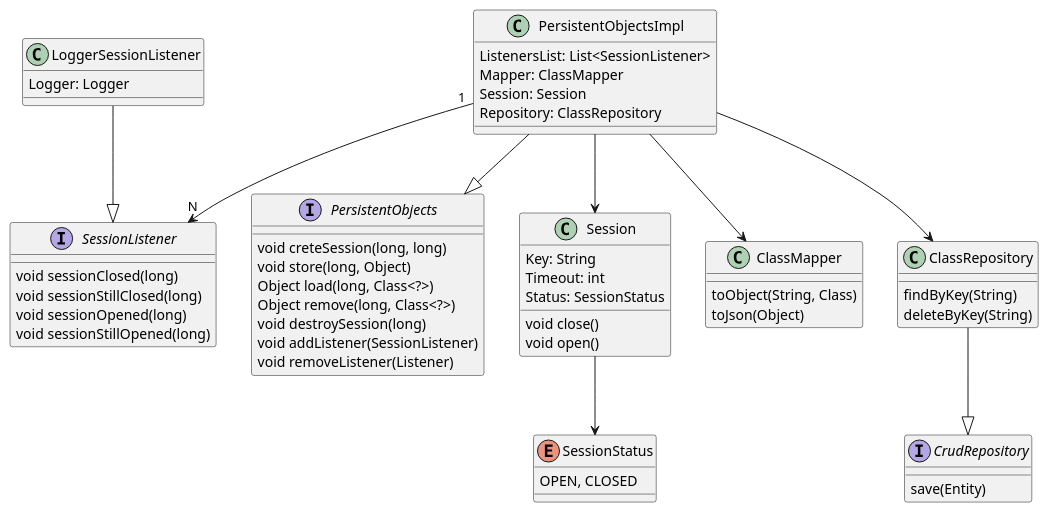
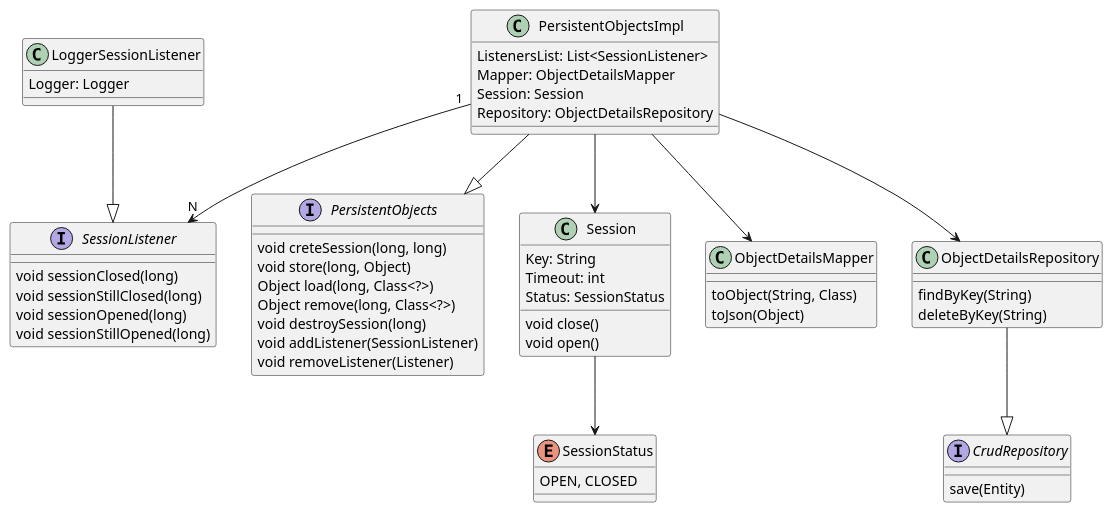
One commit to sebastiangilberto/utn-palg-2c2022-tp changed the diagram in src/main/resources/static/diagrama-clases.PU. Above: the diagram before and after it, drawn with PlantUML. The commit also changed 1 other file, not shown here.

Commit message:
Actualizo diagrama de clases

```diff
--- a/src/main/resources/static/diagrama-clases.PU
+++ b/src/main/resources/static/diagrama-clases.PU
@@ -1,66 +1,66 @@
 @startuml
 
 interface PersistentObjects {
   void creteSession(long, long)
   void store(long, Object)
   Object load(long, Class<?>)
   Object remove(long, Class<?>)
   void destroySession(long)
   void addListener(SessionListener)
   void removeListener(Listener)
 }
 
 class PersistentObjectsImpl {
   ListenersList: List<SessionListener>
-  Mapper: ClassMapper
+  Mapper: ObjectDetailsMapper
   Session: Session
-  Repository: ClassRepository
+  Repository: ObjectDetailsRepository
 }
 
 interface SessionListener {
   void sessionClosed(long)
   void sessionStillClosed(long)
   void sessionOpened(long)
   void sessionStillOpened(long)
 }
 
 class LoggerSessionListener {
   Logger: Logger
 }
 
 class Session {
   Key: String
   Timeout: int
   Status: SessionStatus
   void close()
   void open()
 }
 
 enum SessionStatus{
-  OPEN, CLOSED  
+  OPEN, CLOSED
 }
 
-class ClassMapper {
+class ObjectDetailsMapper {
   toObject(String, Class)
   toJson(Object)
 }
 
-class ClassRepository {
+class ObjectDetailsRepository {
   findByKey(String)
   deleteByKey(String)
 }
 
 interface CrudRepository{
   save(Entity)
 }
 
 LoggerSessionListener --|> SessionListener
 PersistentObjectsImpl --|> PersistentObjects
 PersistentObjectsImpl --> Session
-PersistentObjectsImpl --> ClassMapper
-PersistentObjectsImpl --> ClassRepository
+PersistentObjectsImpl --> ObjectDetailsMapper
+PersistentObjectsImpl --> ObjectDetailsRepository
 PersistentObjectsImpl "1" --> "N" SessionListener
 Session --> SessionStatus
-ClassRepository --|> CrudRepository
+ObjectDetailsRepository --|> CrudRepository
 
 @enduml
```
